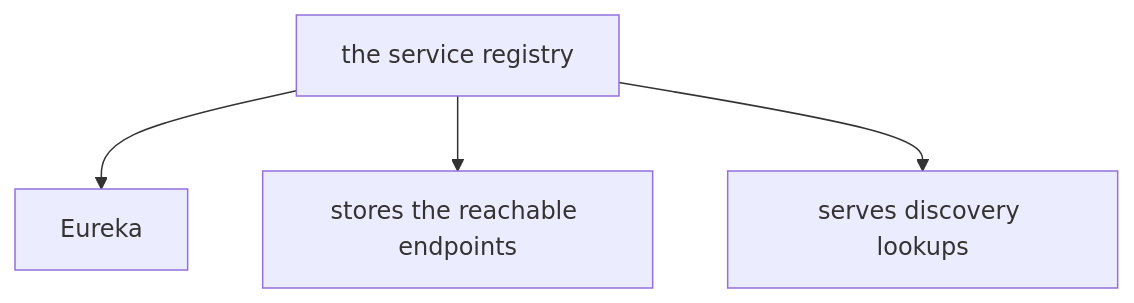
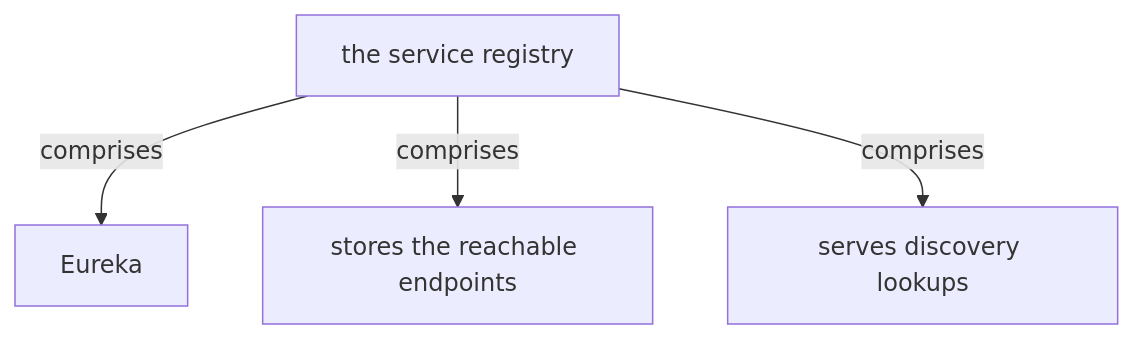
The sixth of 12 diagrams in docs/ch08-third-party-registration.md (vinayakuber/microservices-io-study-guide), drawn with Mermaid before and after one commit. The commit also changed other lines of this file and 71 other files, not shown here.

First line of the commit message:
R18: label every diagram arrow with its meaning

````diff
--- a/docs/ch08-third-party-registration.md
+++ b/docs/ch08-third-party-registration.md
@@ -202,7 +202,7 @@
 ```mermaid
 flowchart TD
   R["the service registry"]
-  R --> P0["Eureka"]
-  R --> P1["stores the reachable endpoints"]
-  R --> P2["serves discovery lookups"]
+  R -->|"comprises"| P0["Eureka"]
+  R -->|"comprises"| P1["stores the reachable endpoints"]
+  R -->|"comprises"| P2["serves discovery lookups"]
 ```
````
